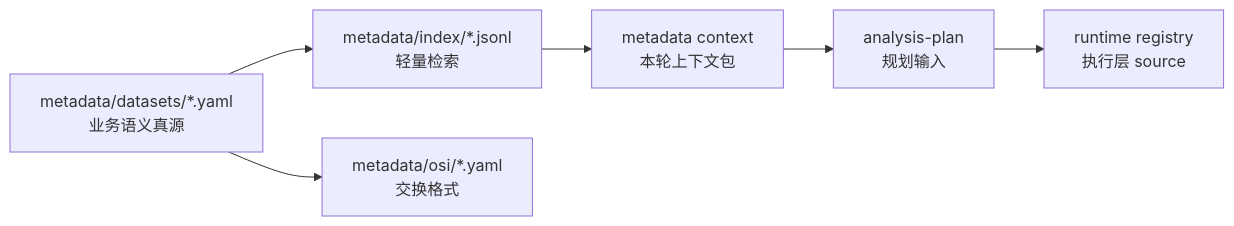
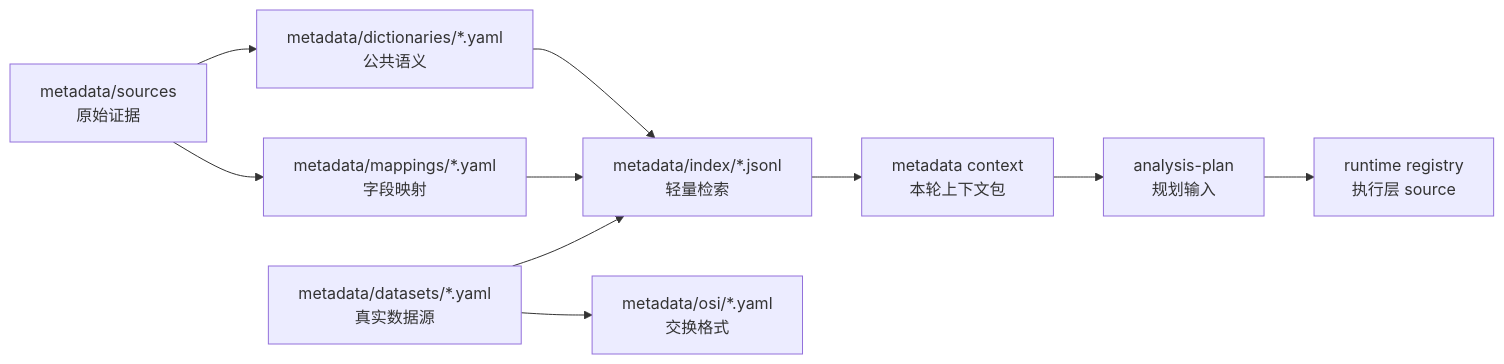
One commit to dabaige53/RealAnalyst changed the diagram in metadata/conversion/README.md. Above: the diagram before and after it, drawn with Mermaid. The commit also changed other lines of this file and 27 other files, not shown here.

Commit message:
Define layered metadata YAML structure

````diff
--- a/metadata/conversion/README.md
+++ b/metadata/conversion/README.md
@@ -9,8 +9,12 @@
 ```mermaid
 flowchart LR
-    YAML[metadata/datasets/*.yaml<br/>业务语义真源] --> IDX[metadata/index/*.jsonl<br/>轻量检索]
+    SRC[metadata/sources<br/>原始证据] --> DICT[metadata/dictionaries/*.yaml<br/>公共语义]
+    SRC --> MAP[metadata/mappings/*.yaml<br/>字段映射]
+    DICT --> IDX[metadata/index/*.jsonl<br/>轻量检索]
+    MAP --> IDX
+    DATA[metadata/datasets/*.yaml<br/>真实数据源] --> IDX
     IDX --> CTX[metadata context<br/>本轮上下文包]
     CTX --> PLAN[analysis-plan<br/>规划输入]
     PLAN --> REG[runtime registry<br/>执行层 source]
-    YAML --> OSI[metadata/osi/*.yaml<br/>交换格式]
+    DATA --> OSI[metadata/osi/*.yaml<br/>交换格式]
 ```
````
